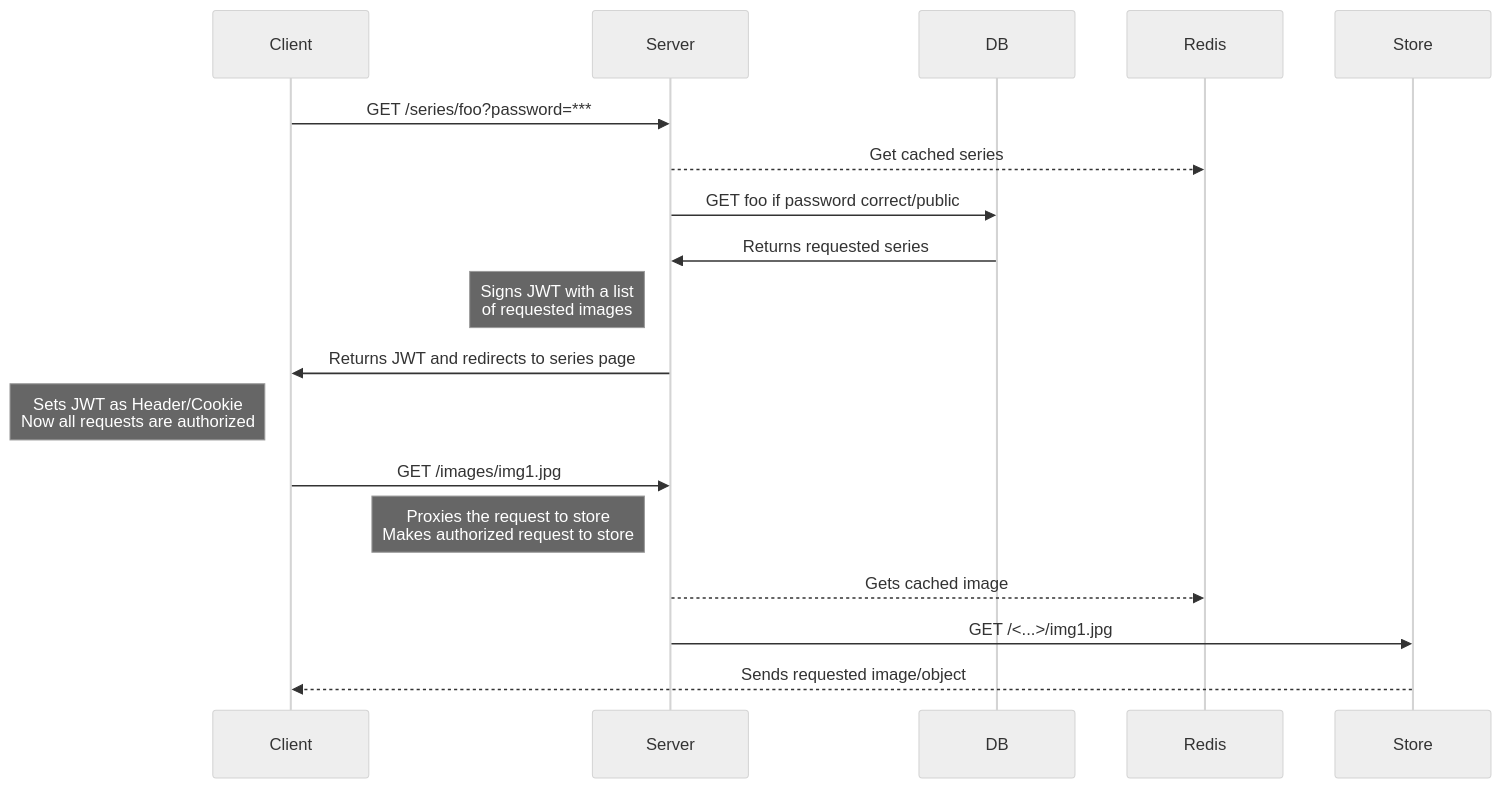
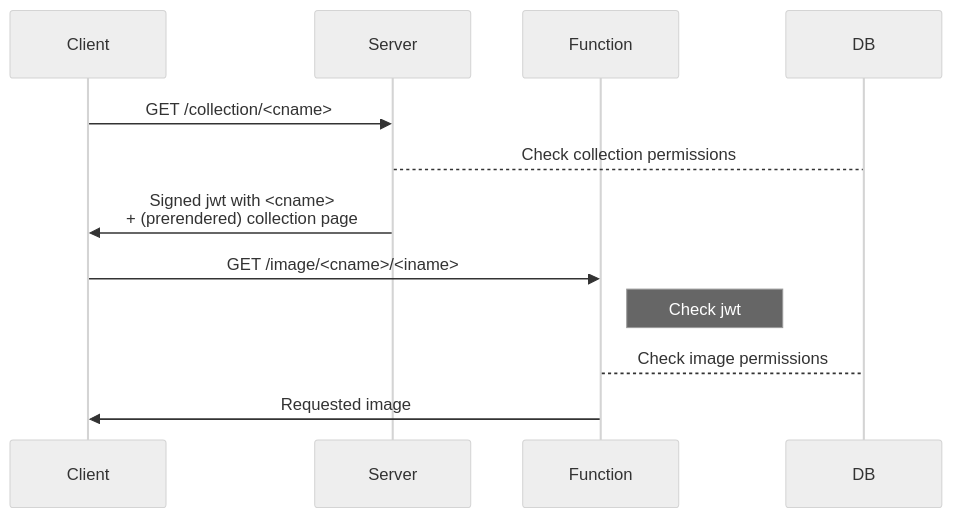
One commit to haasal/photoblog changed the diagram in docs/auth.md. Above: the diagram before and after it, drawn with Mermaid (neutral theme). The commit also changed other lines of this file, not shown here.

Commit message:
docs(api): :passport_control: Better authentication flow

````diff
--- a/docs/auth.md
+++ b/docs/auth.md
@@ -7,19 +24,14 @@
 ```mermaid
 sequenceDiagram
     participant Client
     participant Server
+    participant Function
     participant DB
-    participant Redis
-    Client->>Server: GET /series/foo?password=***
-    Server-->>Redis: Get cached series
-    Server->>DB: GET foo if password correct/public
-    DB->>Server: Returns requested series
-    Note left of Server: Signs JWT with a list<br>of requested images
-    Server->>Client: Returns JWT and redirects to series page
-    Note left of Client: Sets JWT as Header/Cookie<br>Now all requests are authorized
-    Client->>Server: GET /images/img1.jpg
-    Note left of Server: Proxies the request to store<br>Makes authorized request to store
-    Server-->>Redis: Gets cached image
-    Server->>Store: GET /<...>/img1.jpg
-    Store-->>Client: Sends requested image/object
+    Client->>Server: GET /collection/<cname>
+    Server-->DB: Check collection permissions
+    Server->>Client: Signed jwt with <cname><br>+ (prerendered) collection page
+    Client->>Function: GET /image/<cname>/<iname>
+    Note right of Function: Check jwt
+    Function-->DB: Check image permissions
+    Function->>Client: Requested image
 ```
````
